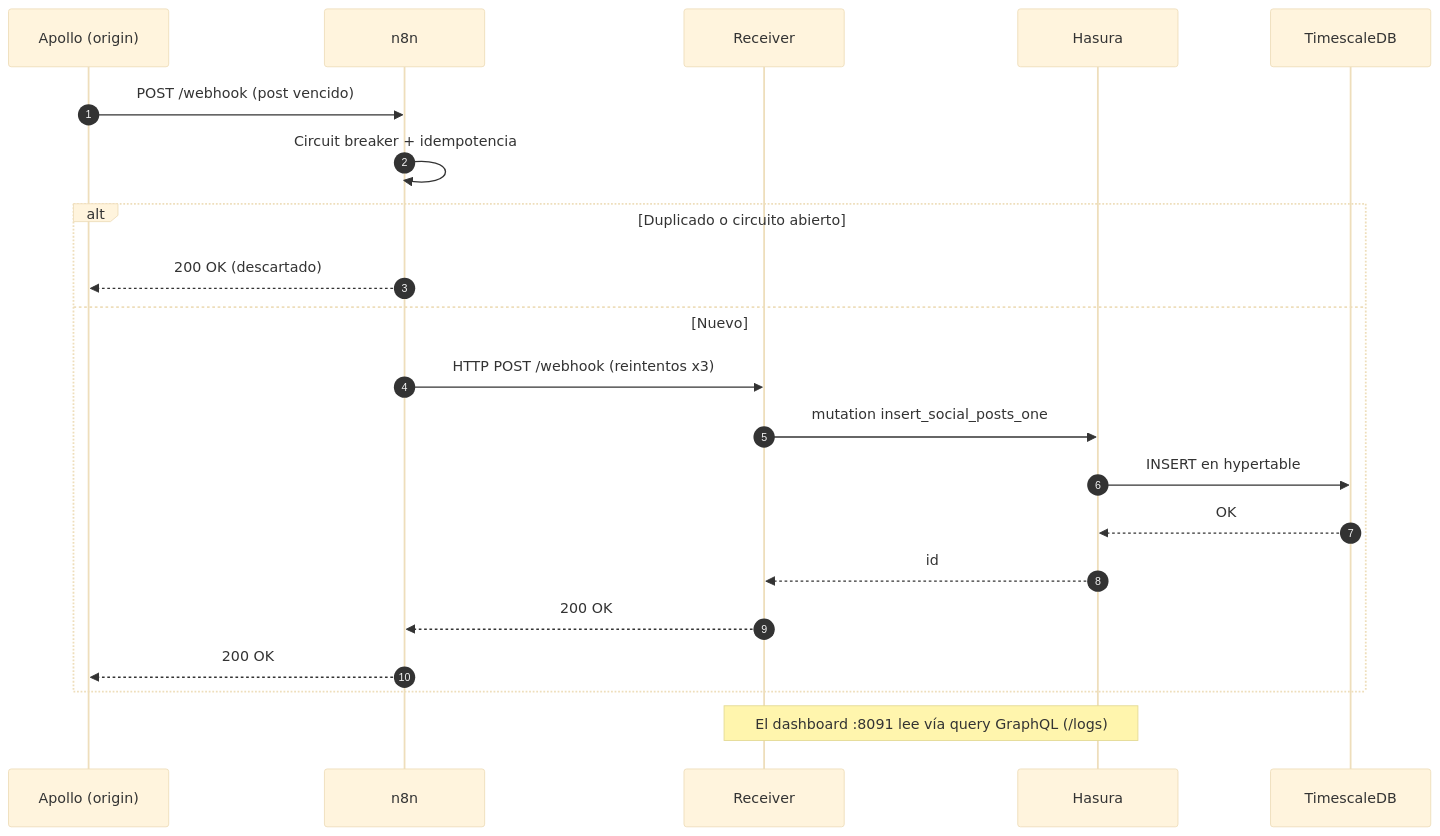
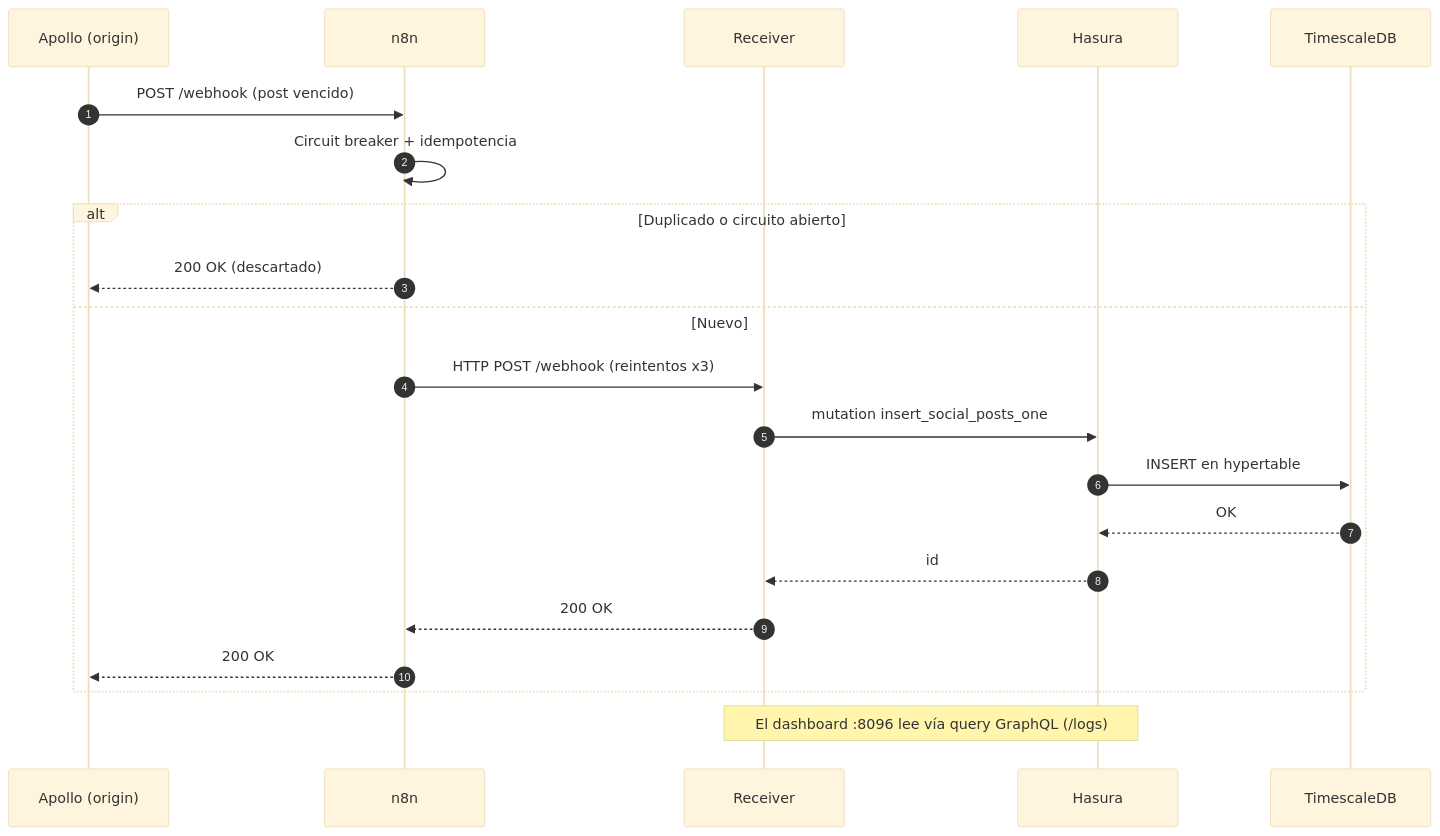
The second of 2 diagrams in cases/16-graphql-to-hasura/ARCHITECTURE.md (vladimiracunadev-create/social-bot-scheduler), drawn with Mermaid before and after one commit. The commit also changed other lines of this file and 26 other files, not shown here.

````diff
--- a/cases/16-graphql-to-hasura/ARCHITECTURE.md
+++ b/cases/16-graphql-to-hasura/ARCHITECTURE.md
@@ -70,25 +70,25 @@
 ```mermaid
 %%{init: {'theme':'base','themeVariables':{'fontSize':'24px','fontFamily':'Segoe UI, Arial, sans-serif'},'sequence':{'useMaxWidth':true,'actorFontSize':22,'messageFontSize':20,'noteFontSize':18,'actorMargin':90,'boxMargin':16,'width':180}}}%%
 sequenceDiagram
     autonumber
     participant Apollo as Apollo (origin)
     participant N8N as n8n
     participant Rec as Receiver
     participant Has as Hasura
     participant TS as TimescaleDB
 
     Apollo->>N8N: POST /webhook (post vencido)
     N8N->>N8N: Circuit breaker + idempotencia
     alt Duplicado o circuito abierto
         N8N-->>Apollo: 200 OK (descartado)
     else Nuevo
         N8N->>Rec: HTTP POST /webhook (reintentos x3)
         Rec->>Has: mutation insert_social_posts_one
         Has->>TS: INSERT en hypertable
         TS-->>Has: OK
         Has-->>Rec: id
         Rec-->>N8N: 200 OK
         N8N-->>Apollo: 200 OK
     end
-    Note over Rec,Has: El dashboard :8091 lee vía query GraphQL (/logs)
+    Note over Rec,Has: El dashboard :8096 lee vía query GraphQL (/logs)
 ```
````
